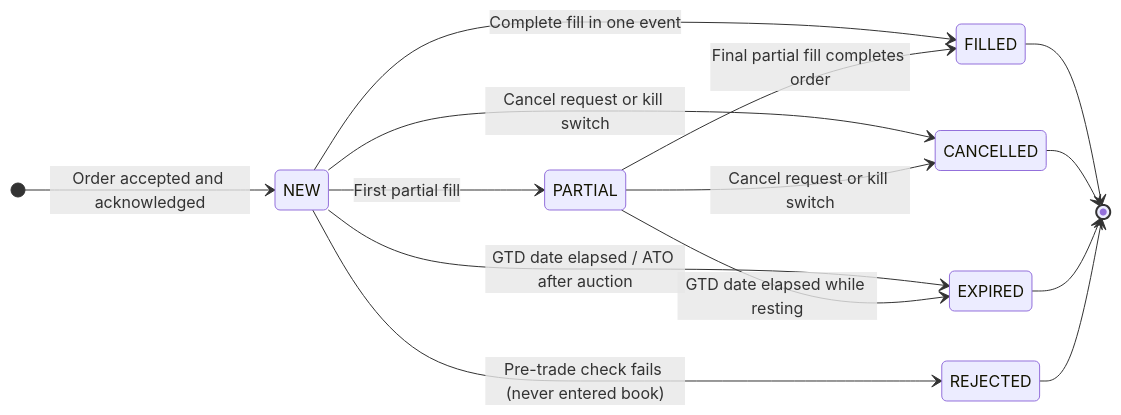
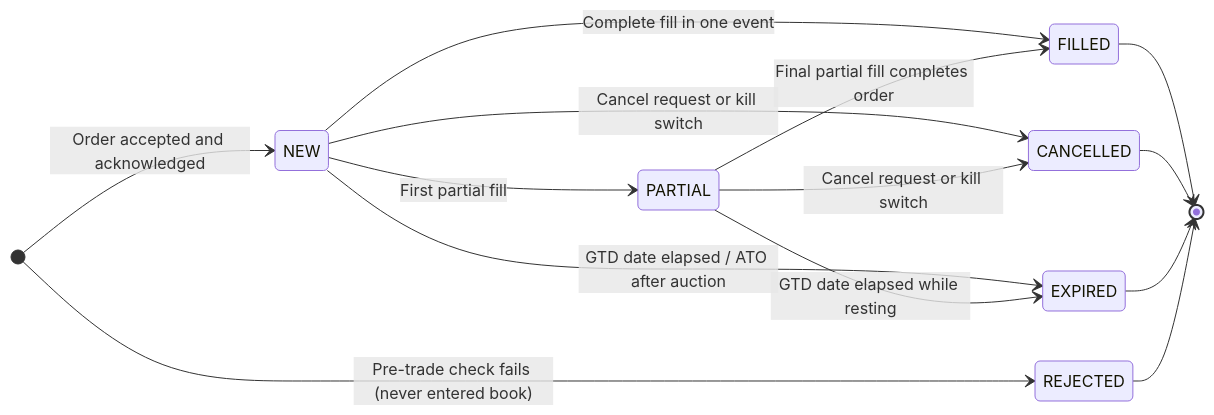
One commit to johan162/EduMatcher changed the diagram in docs-exchange-intro/src/02-orders-and-matching/08-the-life-of-a-trade.md. Above: the diagram before and after it, drawn with Mermaid. The commit also changed 54 other files, not shown here.

````diff
--- a/docs-exchange-intro/src/02-orders-and-matching/08-the-life-of-a-trade.md
+++ b/docs-exchange-intro/src/02-orders-and-matching/08-the-life-of-a-trade.md
@@ -62,17 +62,17 @@
 ```mermaid
 stateDiagram-v2
     direction LR
     [*] --> NEW : Order accepted and acknowledged
     NEW --> PARTIAL : First partial fill
     NEW --> FILLED : Complete fill in one event
     NEW --> CANCELLED : Cancel request or kill switch
     NEW --> EXPIRED : GTD date elapsed / ATO after auction
     PARTIAL --> FILLED : Final partial fill completes order
     PARTIAL --> CANCELLED : Cancel request or kill switch
     PARTIAL --> EXPIRED : GTD date elapsed while resting
     FILLED --> [*]
     CANCELLED --> [*]
     EXPIRED --> [*]
-    NEW --> REJECTED : Pre-trade check fails (never entered book)
+    [*] --> REJECTED : Pre-trade check fails (never entered book)
     REJECTED --> [*]
 ```
````
